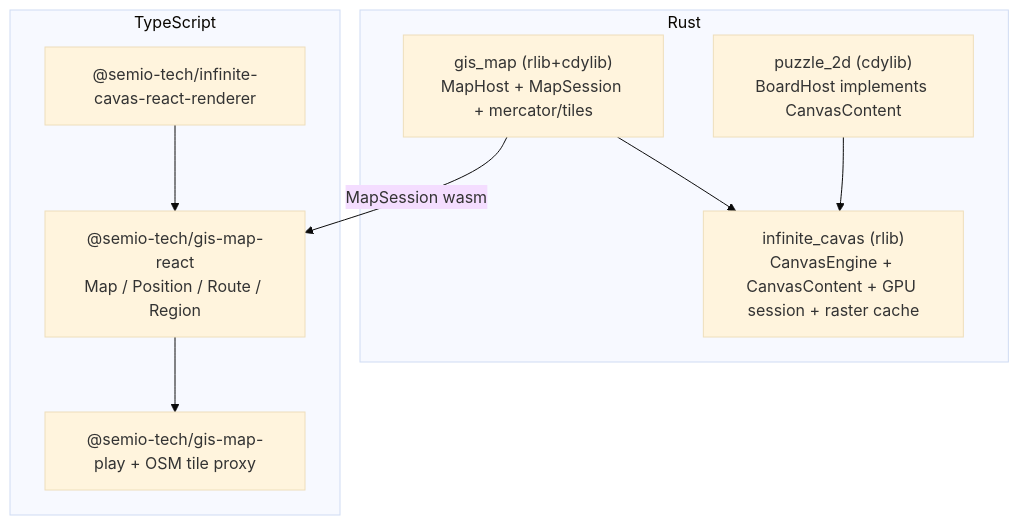
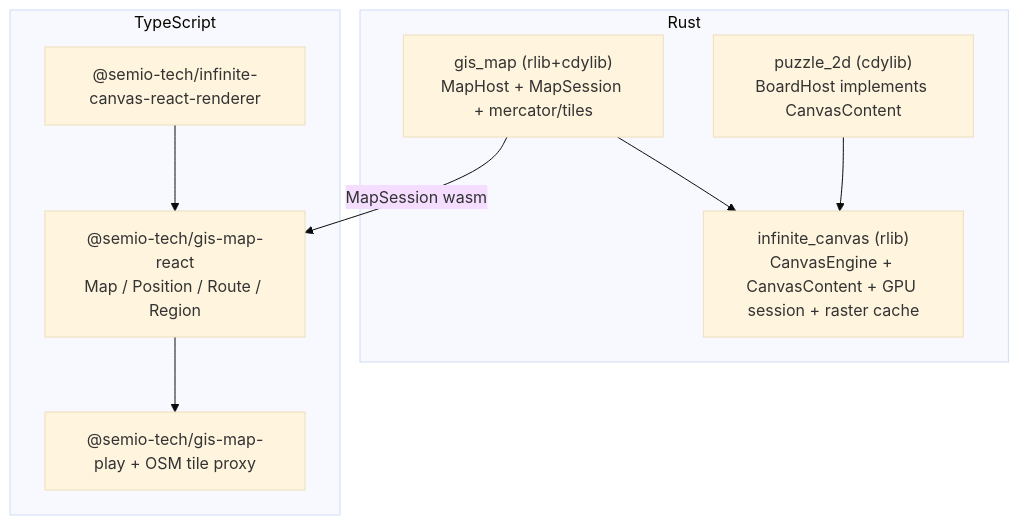
Before and after one commit to usalu/semio: the diagram in .cursor/plans/gis-map-infinite-canvas_74114735.plan.md, drawn with Mermaid (base theme). The commit also changed other lines of this file and 578 other files, not shown here.

````diff
--- a/.cursor/plans/gis-map-infinite-canvas_74114735.plan.md
+++ b/.cursor/plans/gis-map-infinite-canvas_74114735.plan.md
@@ -44,17 +44,17 @@
 ```mermaid
 flowchart TB
   subgraph rust [Rust]
-    IC["infinite_cavas (rlib)<br/>CanvasEngine + CanvasContent + GPU session + raster cache"]
+    IC["infinite_canvas (rlib)<br/>CanvasEngine + CanvasContent + GPU session + raster cache"]
     GM["gis_map (rlib+cdylib)<br/>MapHost + MapSession + mercator/tiles"]
     P2["puzzle_2d (cdylib)<br/>BoardHost implements CanvasContent"]
     GM --> IC
     P2 --> IC
   end
   subgraph ts [TypeScript]
-    RR["@semio-tech/infinite-cavas-react-renderer"]
+    RR["@semio-tech/infinite-canvas-react-renderer"]
     MR["@semio-tech/gis-map-react<br/>Map / Position / Route / Region"]
     MP["@semio-tech/gis-map-play + OSM tile proxy"]
     RR --> MR --> MP
   end
   GM -->|"MapSession wasm"| MR
 ```
````
